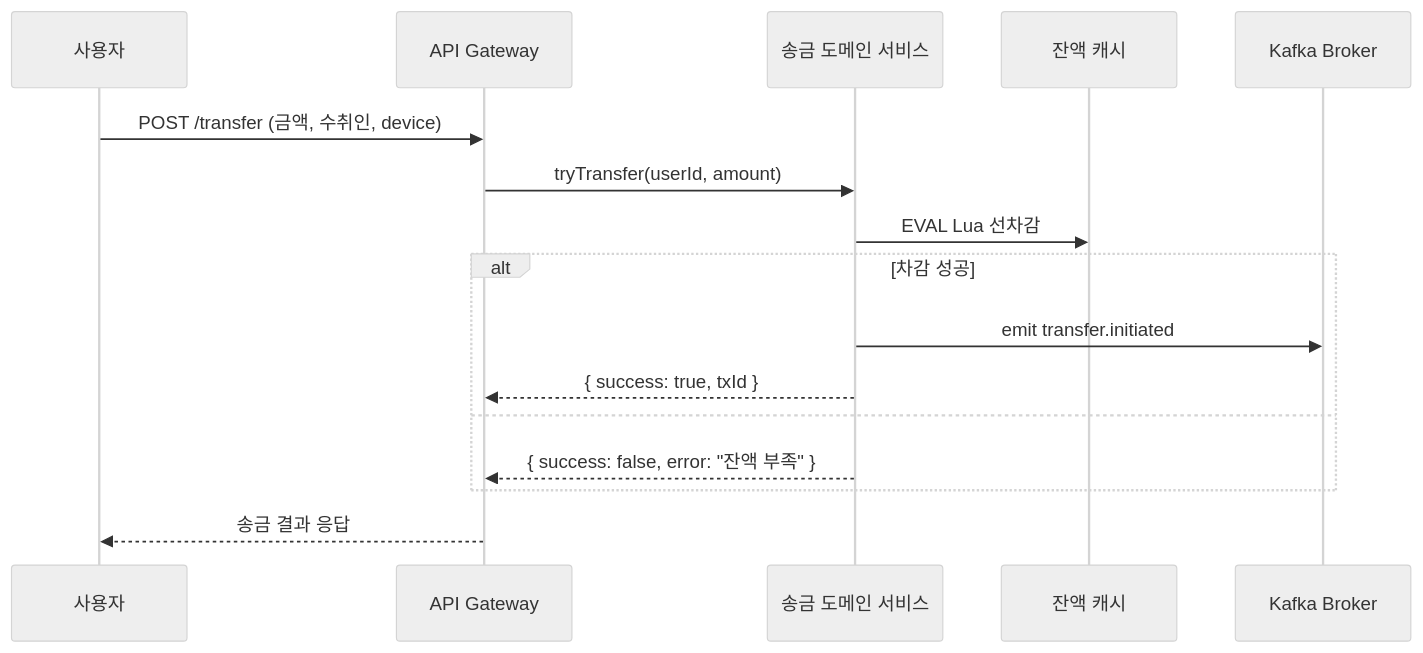
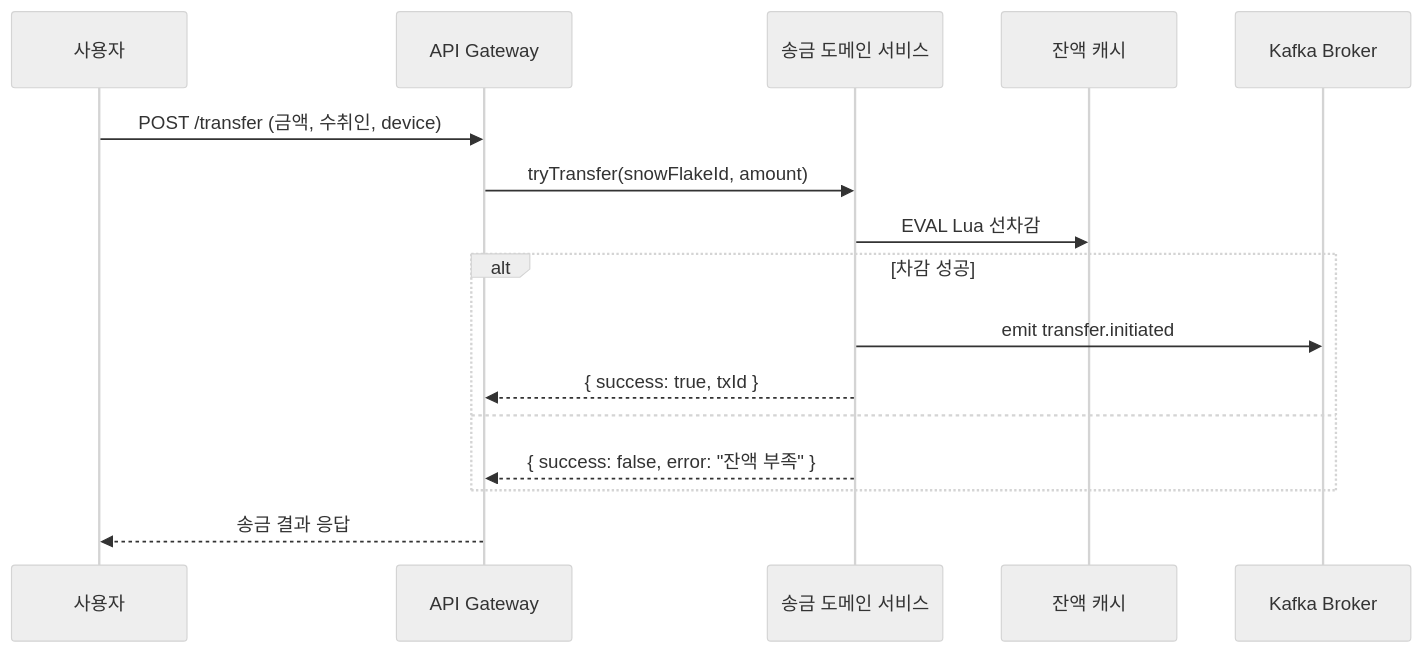
One commit to hyungkishin/FDS-System changed the second of 7 diagrams in docs/SequenceDiagram.md. Above: the diagram before and after it, drawn with Mermaid (neutral theme). The commit also changed other lines of this file and 28 other files, not shown here.

````diff
--- a/docs/SequenceDiagram.md
+++ b/docs/SequenceDiagram.md
@@ -20,21 +20,21 @@
 ```mermaid
 sequenceDiagram
     participant Client as 사용자
     participant API as API Gateway
     participant TransferService as 송금 도메인 서비스
     participant Redis as 잔액 캐시
     participant Kafka as Kafka Broker
 
     Client->>API: POST /transfer (금액, 수취인, device)
-    API->>TransferService: tryTransfer(userId, amount)
+    API->>TransferService: tryTransfer(snowFlakeId, amount)
 
     TransferService->>Redis: EVAL Lua 선차감
     alt 차감 성공
         TransferService->>Kafka: emit transfer.initiated
         TransferService-->>API: { success: true, txId }
     else
         TransferService-->>API: { success: false, error: "잔액 부족" }
     end
 
     API-->>Client: 송금 결과 응답
 ```
````
